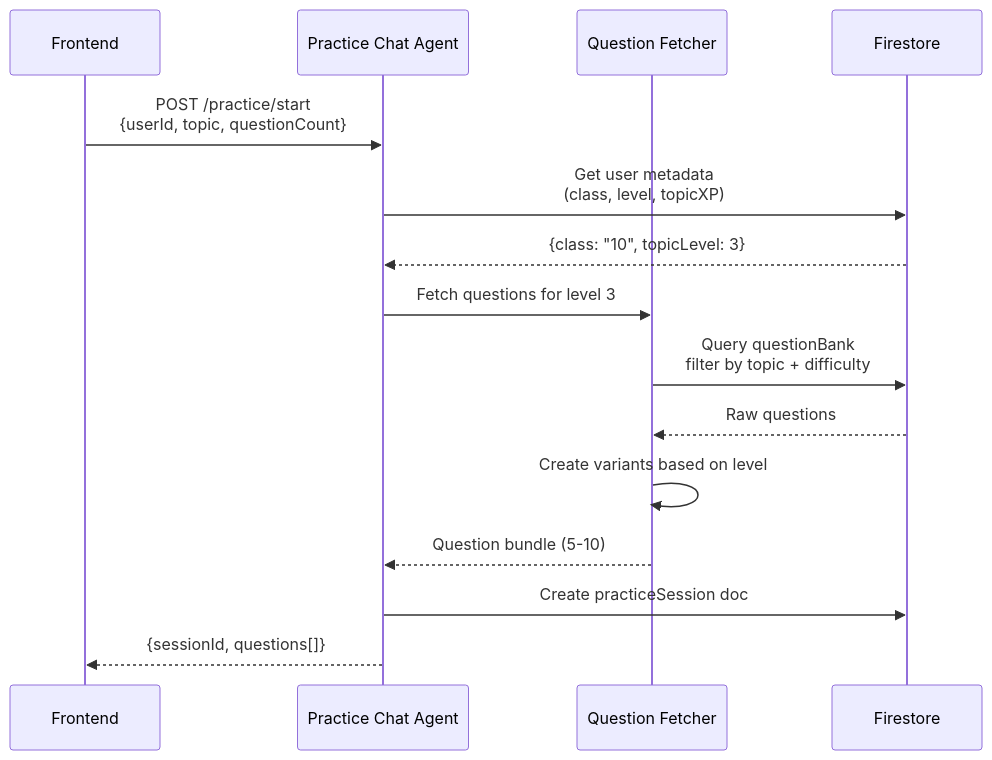
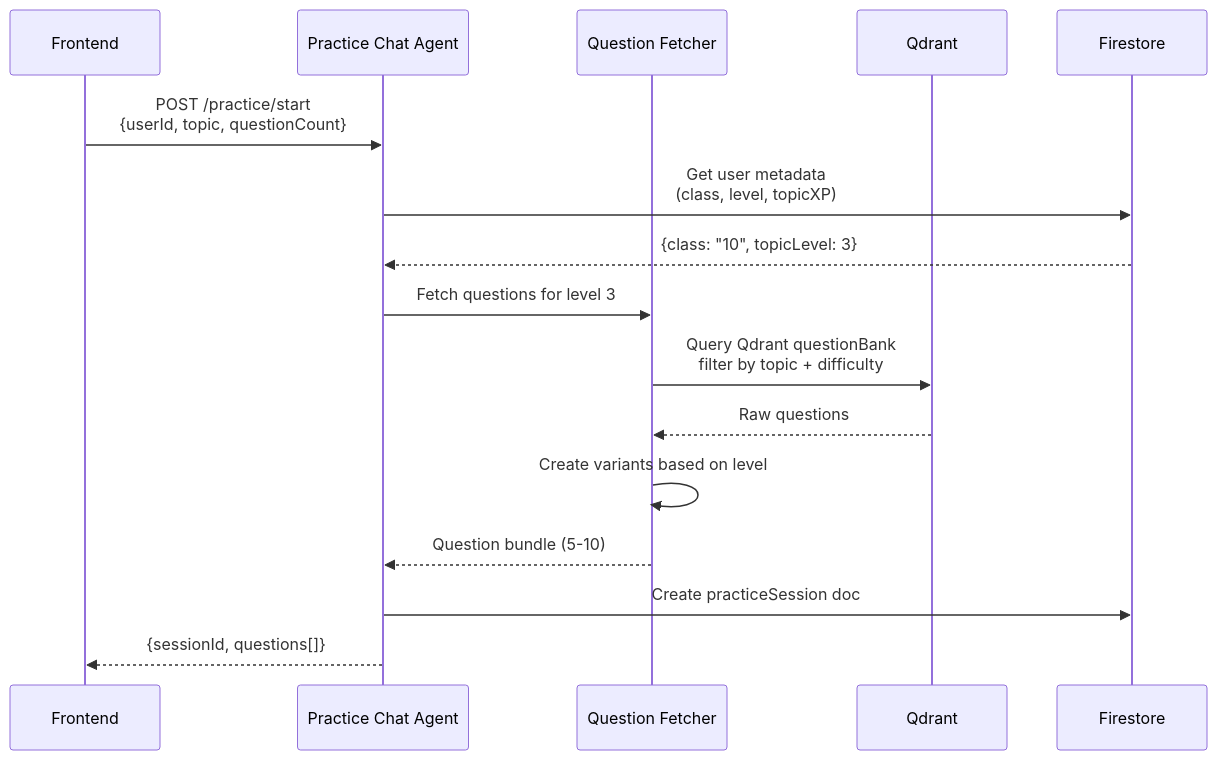
One commit to sam-cruzz/knowledgehunt changed the third of 9 diagrams in README.md. Above: the diagram before and after it, drawn with Mermaid. The commit also changed other lines of this file, not shown here.

First line of the commit message:
Integrate Qdrant for question storage and retrieval

````diff
--- a/README.md
+++ b/README.md
@@ -132,18 +132,19 @@
 ```mermaid
 sequenceDiagram
     participant FE as Frontend
     participant N8N as Practice Chat Agent
     participant QF as Question Fetcher
+    participant QD as Qdrant
     participant FS as Firestore
 
     FE->>N8N: POST /practice/start<br/>{userId, topic, questionCount}
     N8N->>FS: Get user metadata<br/>(class, level, topicXP)
     FS-->>N8N: {class: "10", topicLevel: 3}
     N8N->>QF: Fetch questions for level 3
-    QF->>FS: Query questionBank<br/>filter by topic + difficulty
-    FS-->>QF: Raw questions
+    QF->>QD: Query Qdrant questionBank<br/>filter by topic + difficulty
+    QD-->>QF: Raw questions
     QF->>QF: Create variants based on level
     QF-->>N8N: Question bundle (5-10)
     N8N->>FS: Create practiceSession doc
     N8N-->>FE: {sessionId, questions[]}
 ```
````
